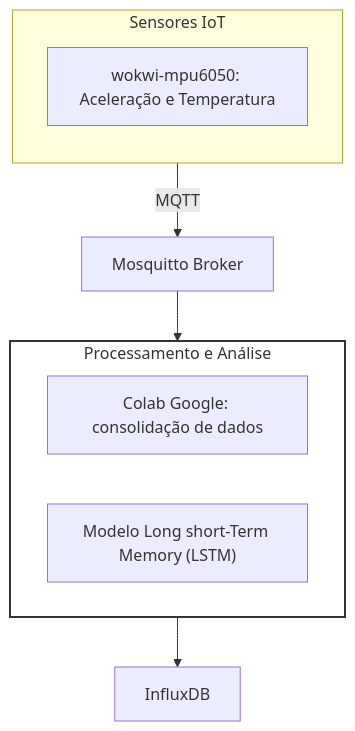
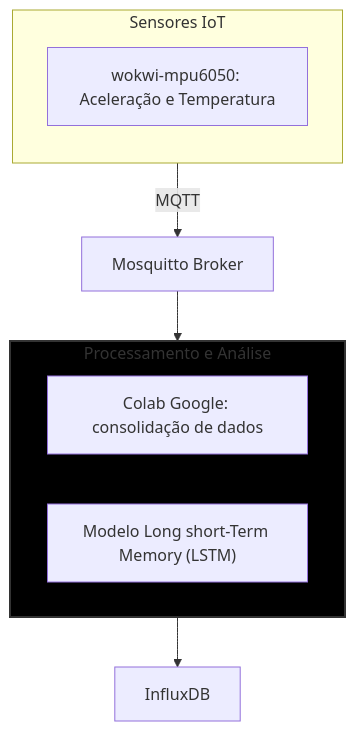
The second of 2 diagrams in artigo.md (2024S2-CCIoT/anthon_hax), drawn with Mermaid before and after one commit.

````diff
--- a/artigo.md
+++ b/artigo.md
@@ -66,34 +66,34 @@
 ```mermaid
 flowchart TD
     subgraph IoT_Sensors["Sensores IoT"]
         direction TB
         Sensor1["wokwi-mpu6050: Aceleração e Temperatura"]
     end
     
         direction LR
         MQTT["Mosquitto Broker"]
 
     subgraph Processamento["Processamento e Análise"]
         direction LR
         Colab["Colab Google: consolidação de dados"]
         MLModel["Modelo Long short-Term Memory (LSTM)"]
     end
         direction LR
         Data["InfluxDB"]
 
 
     %% Fluxos de Dados
     Sensor1 -->|MQTT| MQTT
     MQTT --> MLModel
     MLModel --> Data
 
 
     %% Legend
     classDef protocolo fill:#f9f,stroke:#333,stroke-width:2px;
-    classDef processamento fill:#fff,stroke:#333,stroke-width:2px;
+    classDef processamento fill:#000,stroke:#333,stroke-width:2px;
     classDef gerenciamento fill:#bfb,stroke:#333,stroke-width:2px;
     
     class Protocolos protocolo;
     class Processamento processamento;
     class Gerenciamento gerenciamento;
 ```
````
